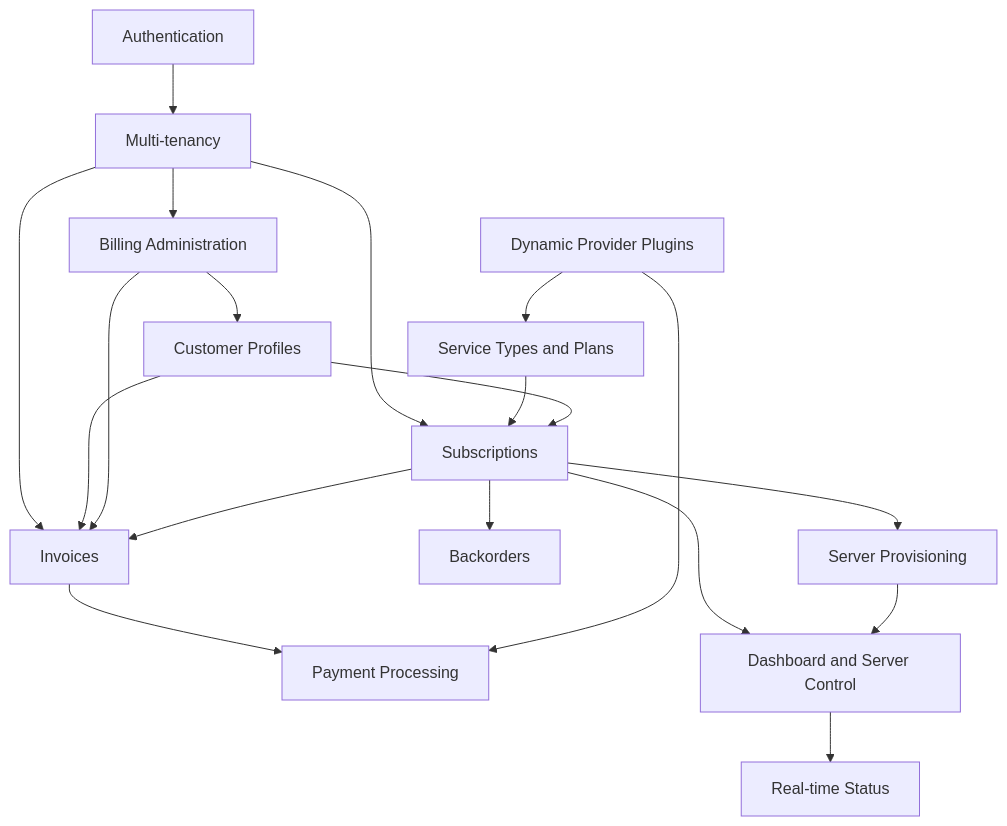
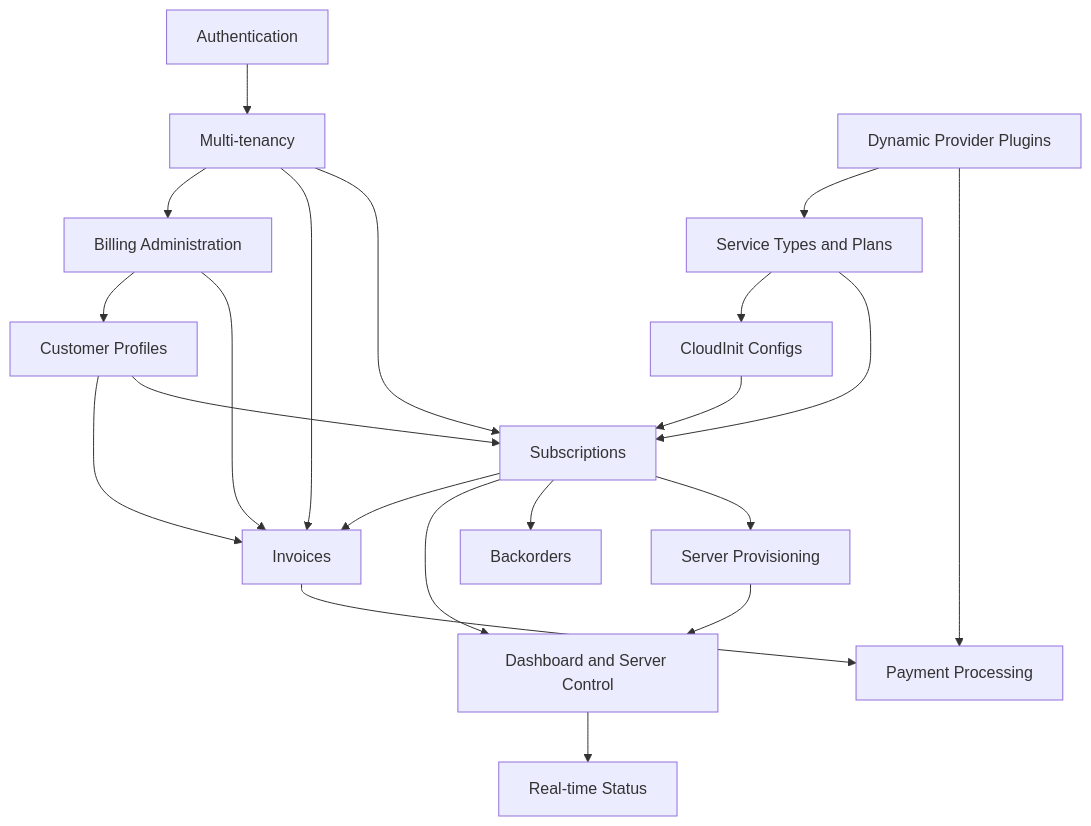
The diagram in docs/decabill/features/README.md (forepath/one), drawn with Mermaid before and after one commit. The commit also changed other lines of this file and 117 other files, not shown here.

Commit message:
feat: custom cloud-init config support

````diff
--- a/docs/decabill/features/README.md
+++ b/docs/decabill/features/README.md
@@ -172,35 +184,38 @@
 ```mermaid
 graph TB
     AUTH[Authentication]
     MT[Multi-tenancy]
     ST[Service Types and Plans]
     SUB[Subscriptions]
     CP[Customer Profiles]
     INV[Invoices]
     PP[Payment Processing]
     BA[Billing Administration]
     BO[Backorders]
     SP[Server Provisioning]
+    CIC[CloudInit Configs]
     DASH[Dashboard and Server Control]
     RT[Real-time Status]
     DP[Dynamic Provider Plugins]
 
     AUTH --> MT
     MT --> SUB
     MT --> INV
     MT --> BA
     ST --> SUB
+    ST --> CIC
+    CIC --> SUB
     CP --> SUB
     CP --> INV
     SUB --> SP
     SUB --> BO
     SUB --> DASH
     SP --> DASH
     DASH --> RT
     INV --> PP
     BA --> INV
     BA --> CP
     DP --> PP
     DP --> ST
     SUB --> INV
 ```
````
